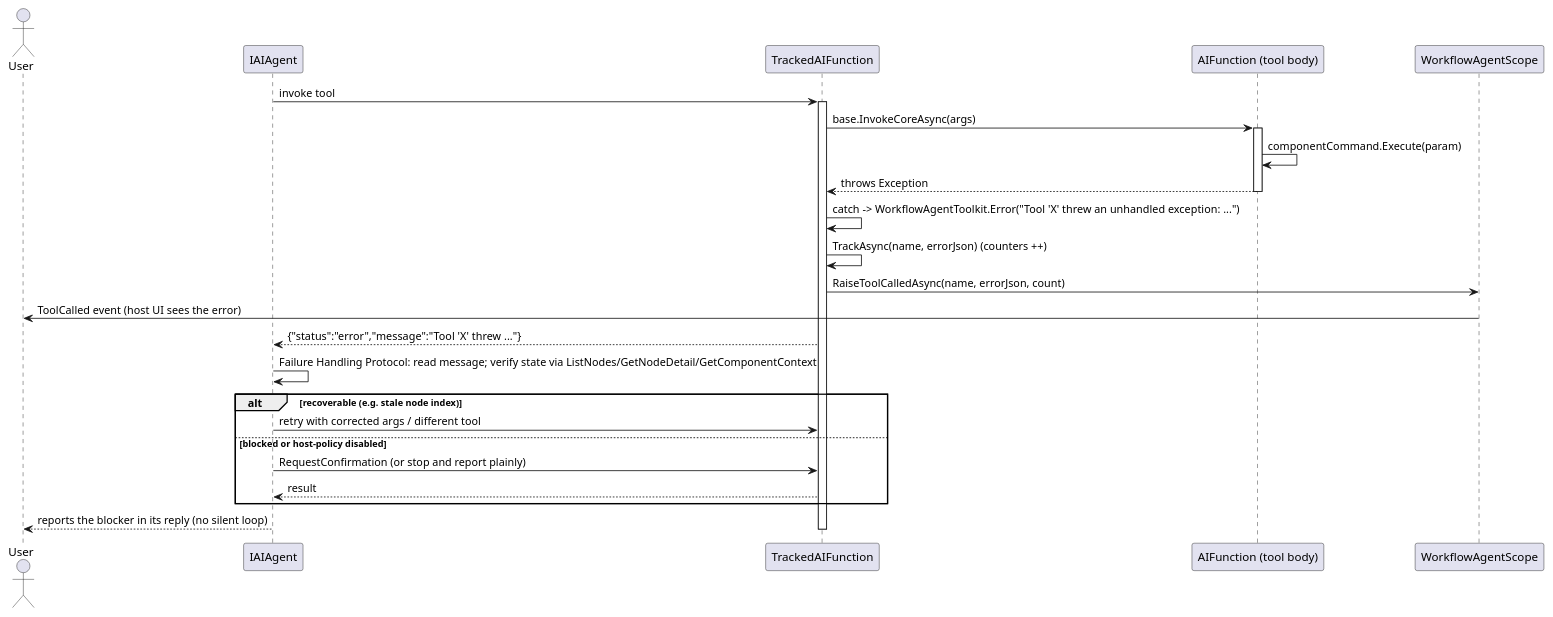
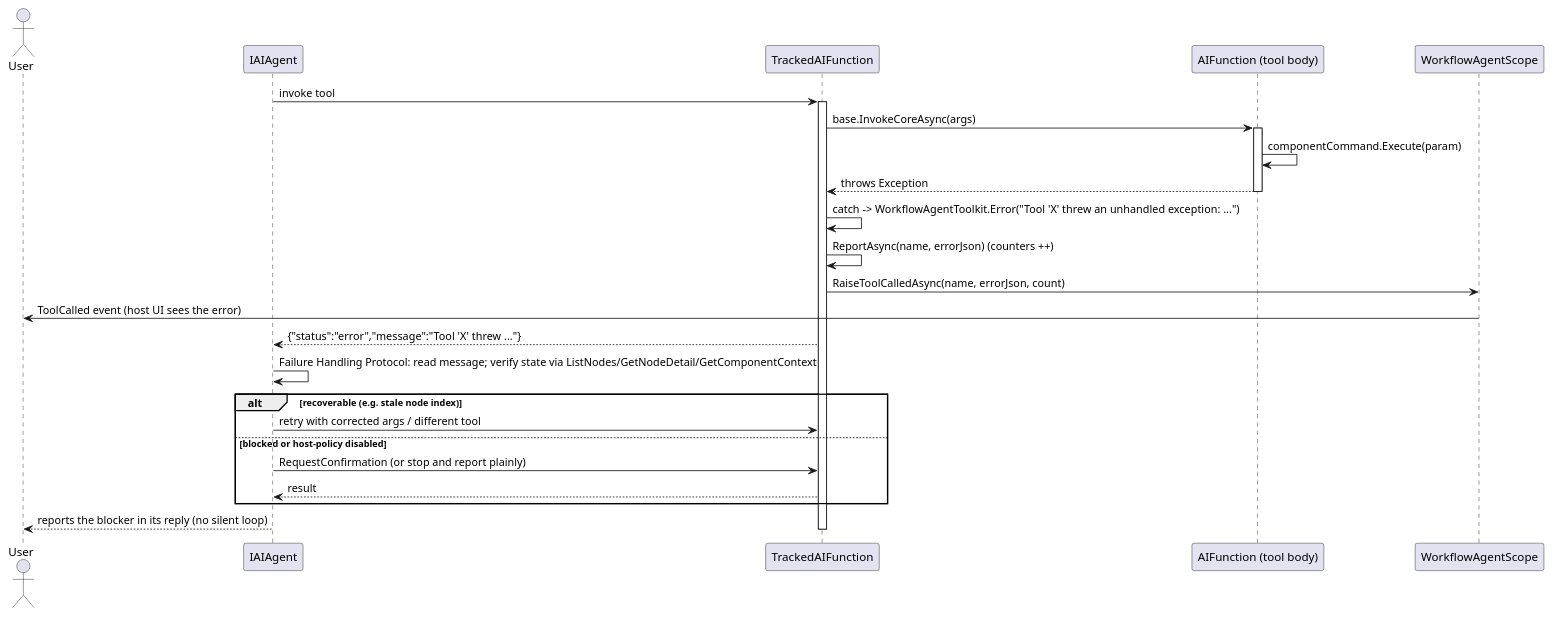
Before and after one commit to Axvser/VeloxDev.Docs: the diagram in src/CloudGlyph/Assets/Docs/content/en/3_SE_Analysis/03_data-flow/01_workflow-agent/05_error-and-recovery/index.md, drawn with PlantUML. The commit also changed other lines of this file and 591 other files, not shown here.

````diff
--- a/src/CloudGlyph/Assets/Docs/content/en/3_SE_Analysis/03_data-flow/01_workflow-agent/05_error-and-recovery/index.md
+++ b/src/CloudGlyph/Assets/Docs/content/en/3_SE_Analysis/03_data-flow/01_workflow-agent/05_error-and-recovery/index.md
@@ -5,33 +5,33 @@
 ```plantuml
 @startuml
 actor User
 participant "IAIAgent" as Agent
 participant "TrackedAIFunction" as Tool
 participant "AIFunction (tool body)" as Inner
 participant "WorkflowAgentScope" as Scope
 
 Agent -> Tool: invoke tool
 activate Tool
 Tool -> Inner: base.InvokeCoreAsync(args)
 activate Inner
 Inner -> Inner: componentCommand.Execute(param)
 Inner --> Tool: throws Exception
 deactivate Inner
 
 Tool -> Tool: catch -> WorkflowAgentToolkit.Error("Tool 'X' threw an unhandled exception: ...")
-Tool -> Tool: TrackAsync(name, errorJson) (counters ++)
+Tool -> Tool: ReportAsync(name, errorJson) (counters ++)
 Tool -> Scope: RaiseToolCalledAsync(name, errorJson, count)
 Scope -> User: ToolCalled event (host UI sees the error)
 Tool --> Agent: {"status":"error","message":"Tool 'X' threw ..."}
 
 Agent -> Agent: Failure Handling Protocol: read message; verify state via ListNodes/GetNodeDetail/GetComponentContext
 alt recoverable (e.g. stale node index)
     Agent -> Tool: retry with corrected args / different tool
 else blocked or host-policy disabled
     Agent -> Tool: RequestConfirmation (or stop and report plainly)
     Tool --> Agent: result
 end
 Agent --> User: reports the blocker in its reply (no silent loop)
 deactivate Tool
 @enduml
 ```
````
